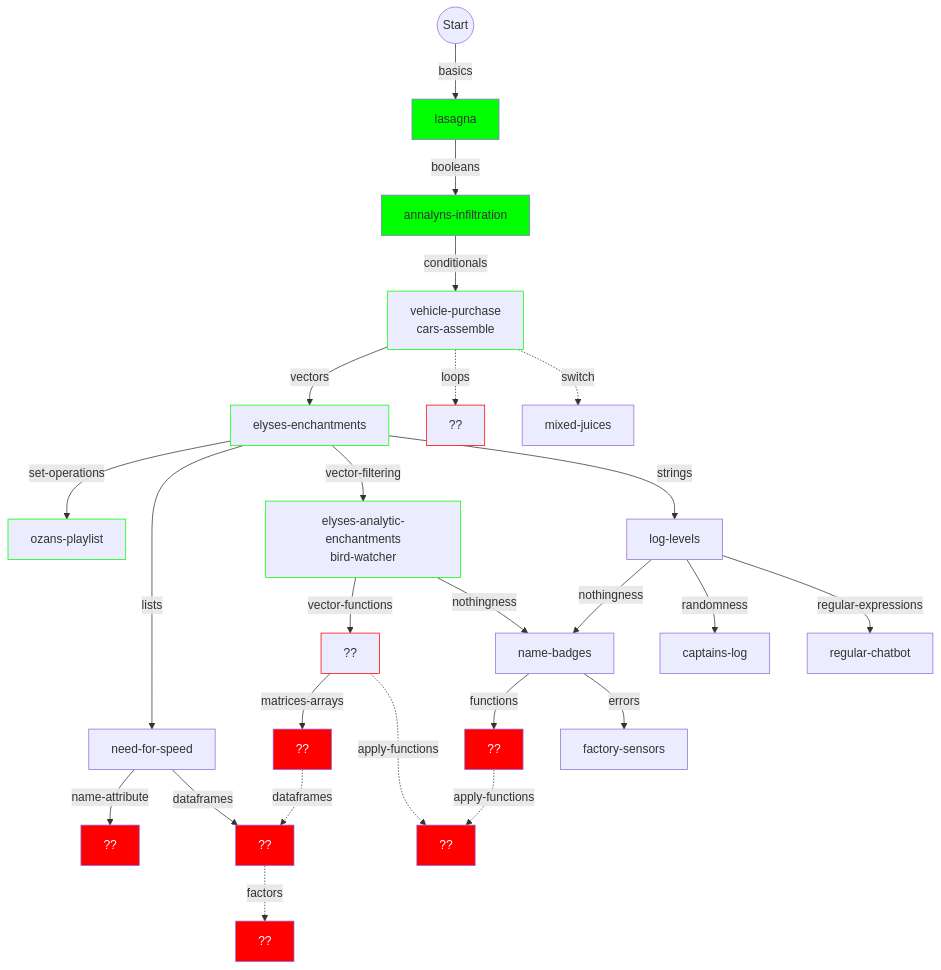
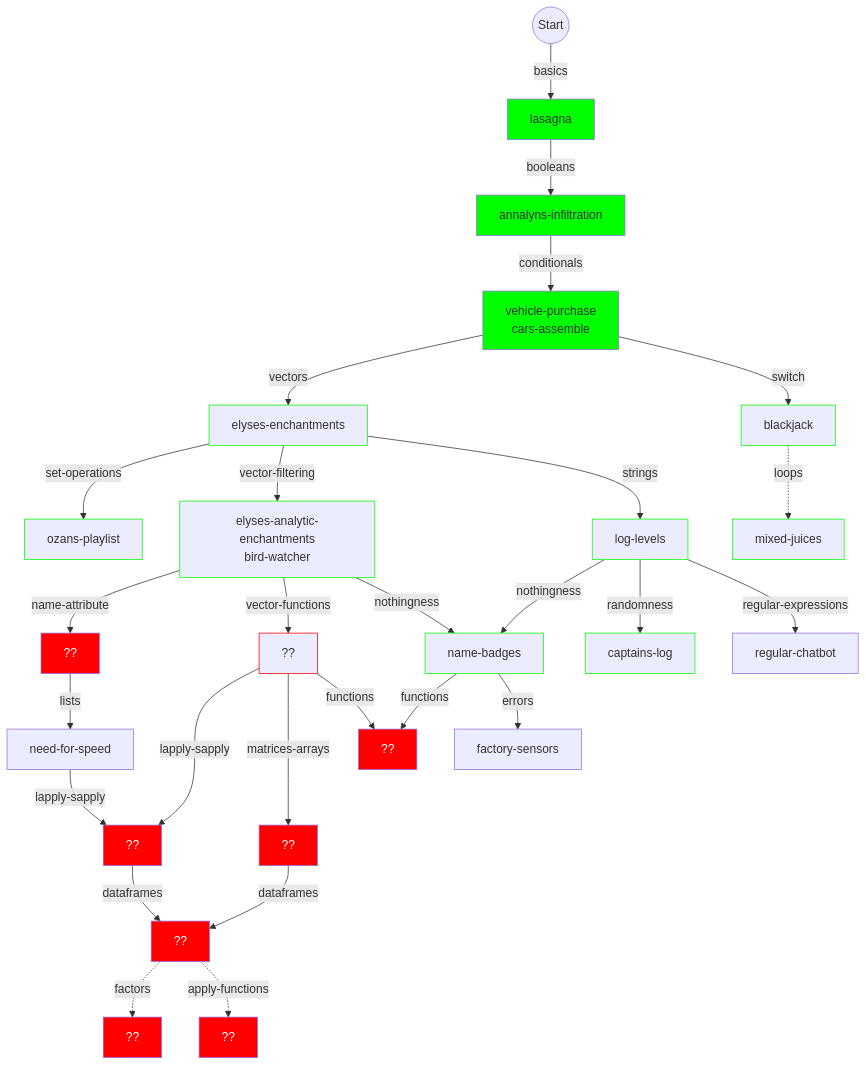
Before and after one commit to colinleach/r_concepts: the first of 2 diagrams in flowchart.md, drawn with Mermaid. The commit also changed other lines of this file and 8 other files, not shown here.

````diff
--- a/flowchart.md
+++ b/flowchart.md
@@ -13,59 +13,74 @@
 ```mermaid
 graph TD
     
 start(("Start")) --basics--> basics["lasagna"]
 style basics fill:#0f0
 
 basics --booleans--> booleans["annalyns-infiltration"]
 style booleans fill:#0f0
 
 booleans --conditionals--> conditionals["vehicle-purchase<br/>cars-assemble"]
-style conditionals stroke:#0f0
+style conditionals fill:#0f0
 
 conditionals --vectors--> vectors["elyses-enchantments"]
 style vectors stroke:#0f0
 
-conditionals -.loops.-> loops["??"]
-style loops stroke:#f00
+switch -.loops.-> loops["mixed-juices"]
+style loops stroke:#0f0
 
-conditionals -.switch.-> switch["mixed-juices"]
+conditionals --switch--> switch["blackjack"]
+style switch stroke:#0f0
 
 vectors --set-operations--> set-operations["ozans-playlist"]
 style set-operations stroke:#0f0
 
-vectors --lists--> lists["need-for-speed"]
+name-attribute --lists--> lists["need-for-speed"]
 
 vectors --vector-filtering--> vector-filtering["elyses-analytic-enchantments<br/>bird-watcher"]
 style vector-filtering stroke:#0f0
+
+vector-filtering --name-attribute--> name-attribute["??"]
+style name-attribute fill:#f00,color:#fff
 
 vector-filtering --vector-functions--> vector-functions["??"]
 style vector-functions stroke:#f00
 
 vector-filtering --nothingness--> nothingness["name-badges"]
+style vector-filtering stroke:#0f0
+
 vectors --strings--> strings["log-levels"]
+style strings stroke:#0f0
 
+strings --nothingness--> nothingness["name-badges"]
+style nothingness stroke:#0f0
+
+strings --randomness--> randomness["captains-log"]
+style randomness stroke:#0f0
+
+strings --regular-expressions--> regular-expressions["regular-chatbot"]
+
+lists --lapply-sapply--> lapply-sapply["??"]
+vector-functions --lapply-sapply--> lapply-sapply["??"]
+style lapply-sapply fill:#f00,color:#fff
+
+vector-functions --matrices-arrays--> matrices-arrays["??"]
+style matrices-arrays fill:#f00,color:#fff
+
+style apply-functions fill:#f00,color:#fff
+
+lapply-sapply --dataframes--> dataframes["??"]
+style dataframes fill:#f00,color:#fff
+
+matrices-arrays --dataframes--> dataframes
+dataframes -.factors.-> factors["??"]
+style factors fill:#f00,color:#fff
+
+dataframes -.apply-functions.-> apply-functions["??"]
+
+vector-functions --functions--> functions["??"]
 nothingness --functions--> functions["??"]
 style functions fill:#f00,color:#fff
 
 nothingness --errors--> errors["factory-sensors "]
-strings --nothingness--> nothingness["name-badges"]
-strings --randomness--> randomness["captains-log"]
-strings --regular-expressions--> regular-expressions["regular-chatbot"]
 
-functions -.apply-functions.-> apply-functions["??"]
-vector-functions --matrices-arrays--> matrices-arrays["??"]
-style matrices-arrays fill:#f00,color:#fff
-
-vector-functions -.apply-functions.-> apply-functions["??"]
-style apply-functions fill:#f00,color:#fff
-
-lists --name-attribute--> name-attribute["??"]
-style name-attribute fill:#f00,color:#fff
-
-lists --dataframes--> dataframes["??"]
-style dataframes fill:#f00,color:#fff
-
-matrices-arrays -.dataframes.-> dataframes
-dataframes -.factors.-> factors["??"]
-style factors fill:#f00,color:#fff
 ```
````
